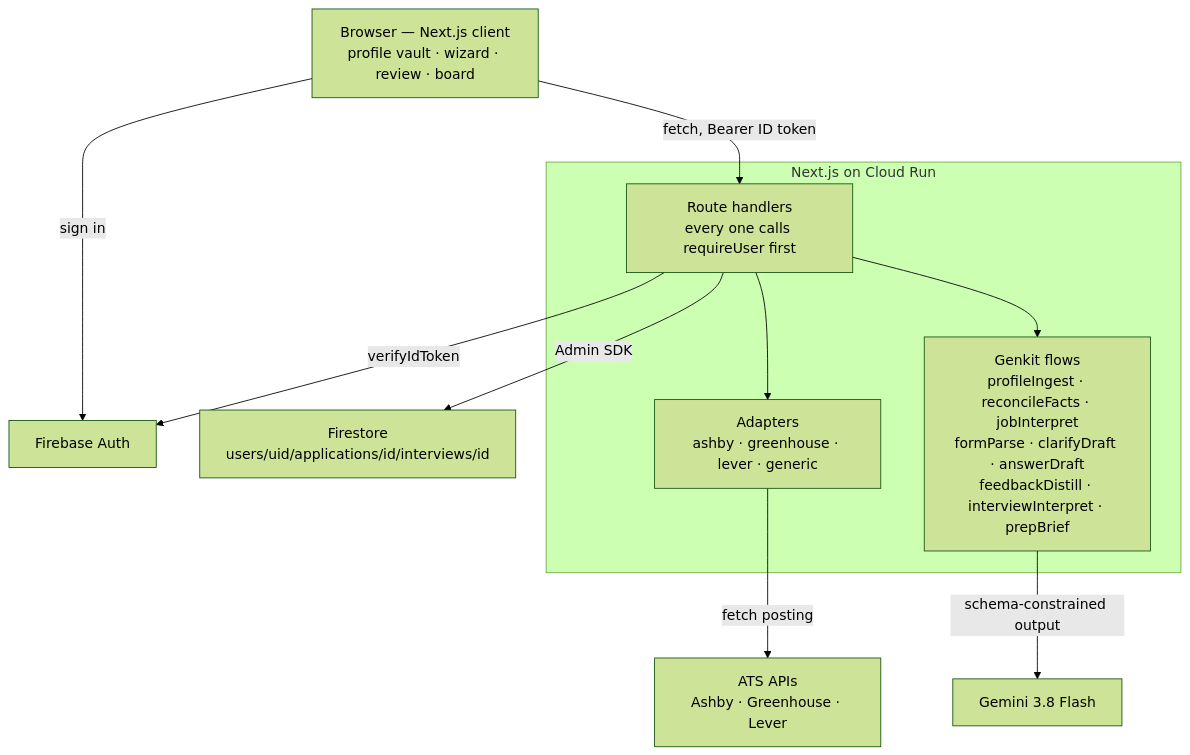
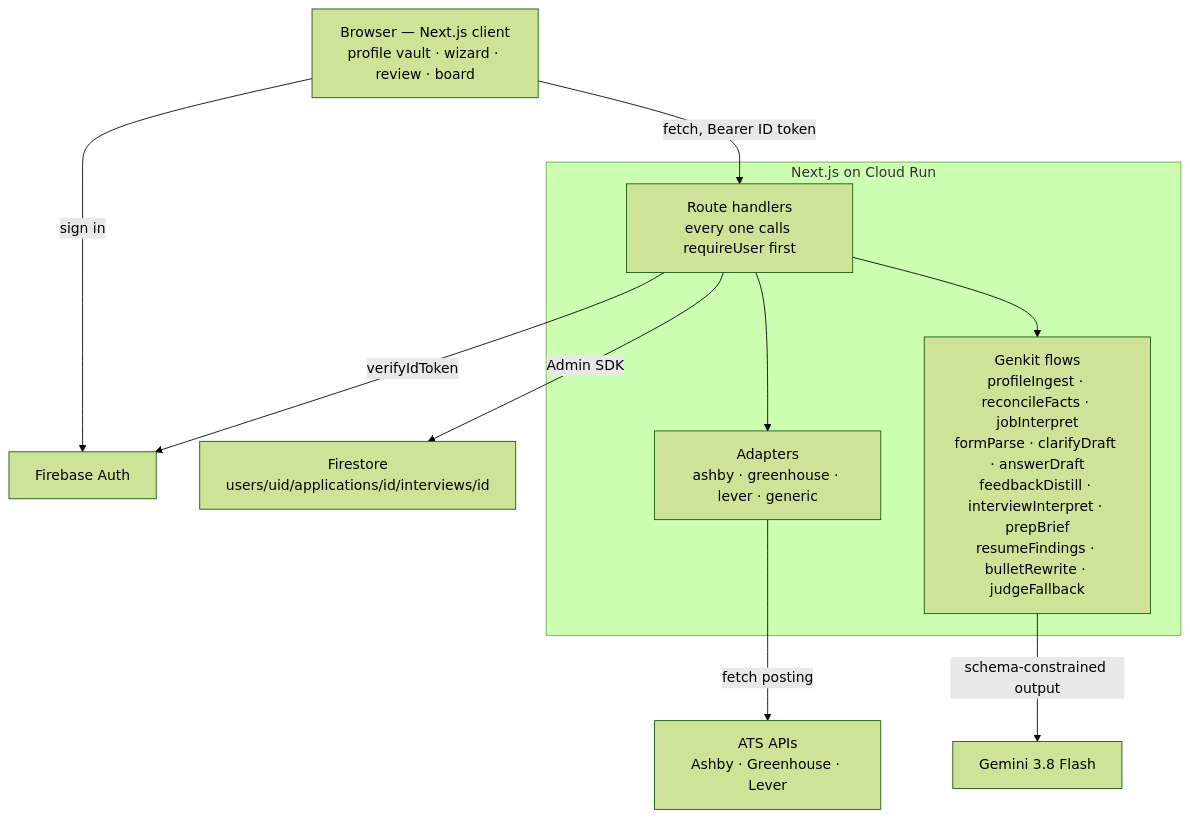
Before and after one commit to mark24680617/find_a_job: the diagram in README.md, drawn with Mermaid (forest theme). The commit also changed other lines of this file and 122 other files, not shown here.

````diff
--- a/README.md
+++ b/README.md
@@ -122,24 +152,24 @@
 ```mermaid
 flowchart TB
   UI["Browser — Next.js client<br/>profile vault · wizard · review · board"]
   AUTH["Firebase Auth"]
 
   subgraph run ["Next.js on Cloud Run"]
     API["Route handlers<br/>every one calls requireUser first"]
     ADP["Adapters<br/>ashby · greenhouse · lever · generic"]
-    FLOWS["Genkit flows<br/>profileIngest · reconcileFacts · jobInterpret<br/>formParse · clarifyDraft · answerDraft<br/>feedbackDistill · interviewInterpret · prepBrief"]
+    FLOWS["Genkit flows<br/>profileIngest · reconcileFacts · jobInterpret<br/>formParse · clarifyDraft · answerDraft<br/>feedbackDistill · interviewInterpret · prepBrief<br/>resumeFindings · bulletRewrite · judgeFallback"]
   end
 
   FS["Firestore<br/>users/uid/applications/id/interviews/id"]
   GEM["Gemini 3.8 Flash"]
   ATS["ATS APIs<br/>Ashby · Greenhouse · Lever"]
 
   UI -->|"sign in"| AUTH
   UI -->|"fetch, Bearer ID token"| API
   API -->|"verifyIdToken"| AUTH
   API -->|"Admin SDK"| FS
   API --> ADP
   ADP -->|"fetch posting"| ATS
   API --> FLOWS
   FLOWS -->|"schema-constrained output"| GEM
 ```
````
